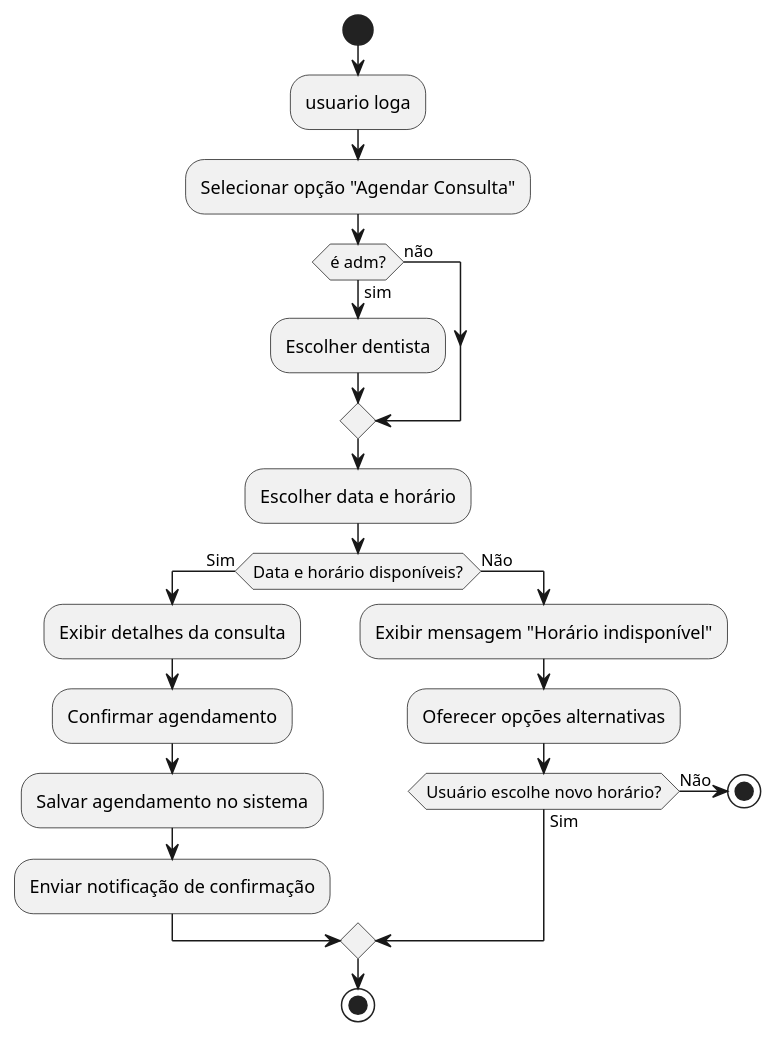
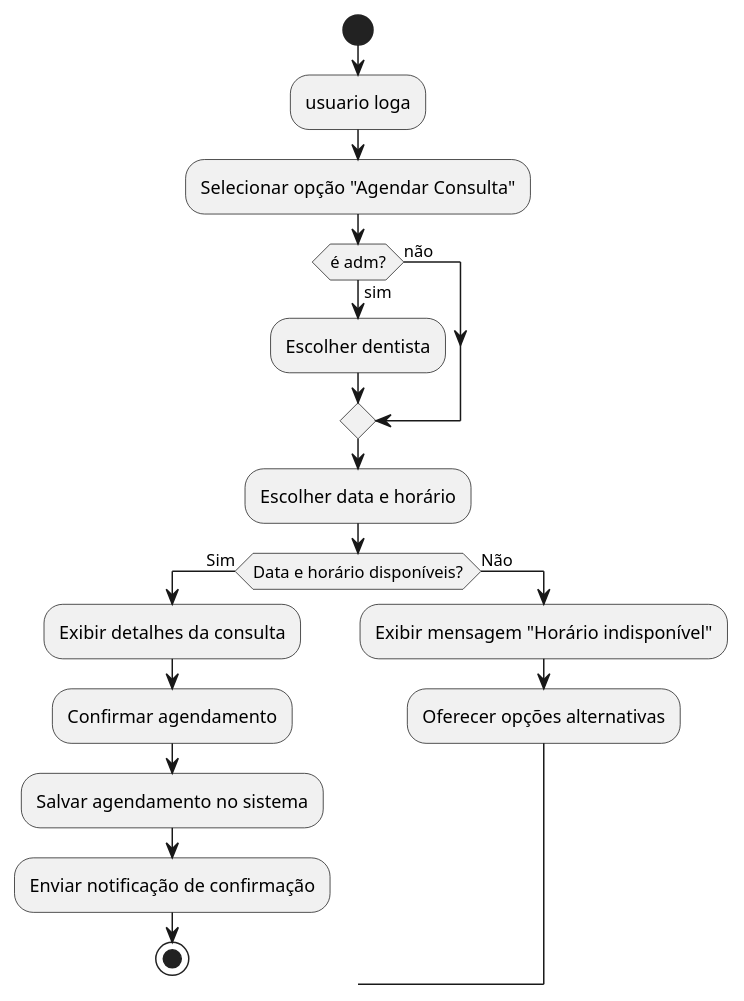
The diagram in Diagramas/Atividades/agendar_consulta.plantuml (HugoWatzl/SIGO), drawn with PlantUML before and after one commit. The commit also changed 6 other files, not shown here.

```diff
--- a/Diagramas/Atividades/agendar_consulta.plantuml
+++ b/Diagramas/Atividades/agendar_consulta.plantuml
@@ -1,28 +1,24 @@
 @startuml
 start
 
 :usuario loga;
 :Selecionar opção "Agendar Consulta";
-if(é adm?)then (sim)
+if(é adm?) then (sim)
     :Escolher dentista;
-    else (não)
-    endif
-    :Escolher data e horário;
+else (não)
+endif
+:Escolher data e horário;
 
 if (Data e horário disponíveis?) then (Sim)
     :Exibir detalhes da consulta;
     :Confirmar agendamento;
     :Salvar agendamento no sistema;
     :Enviar notificação de confirmação;
+    stop
 else (Não)
     :Exibir mensagem "Horário indisponível";
     :Oferecer opções alternativas;
-    if (Usuário escolhe novo horário?) then (Sim)
-        -> Escolher data e horário;
-    else (Não)
-        stop
-    endif
+    ->Escolher data e horário;
 endif
 
-stop
 @enduml
```
